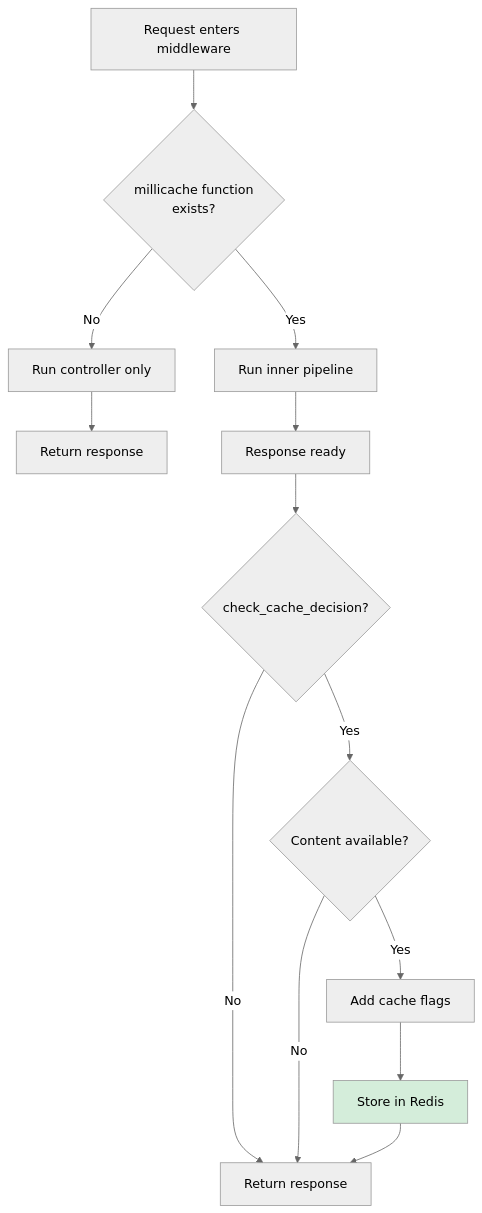
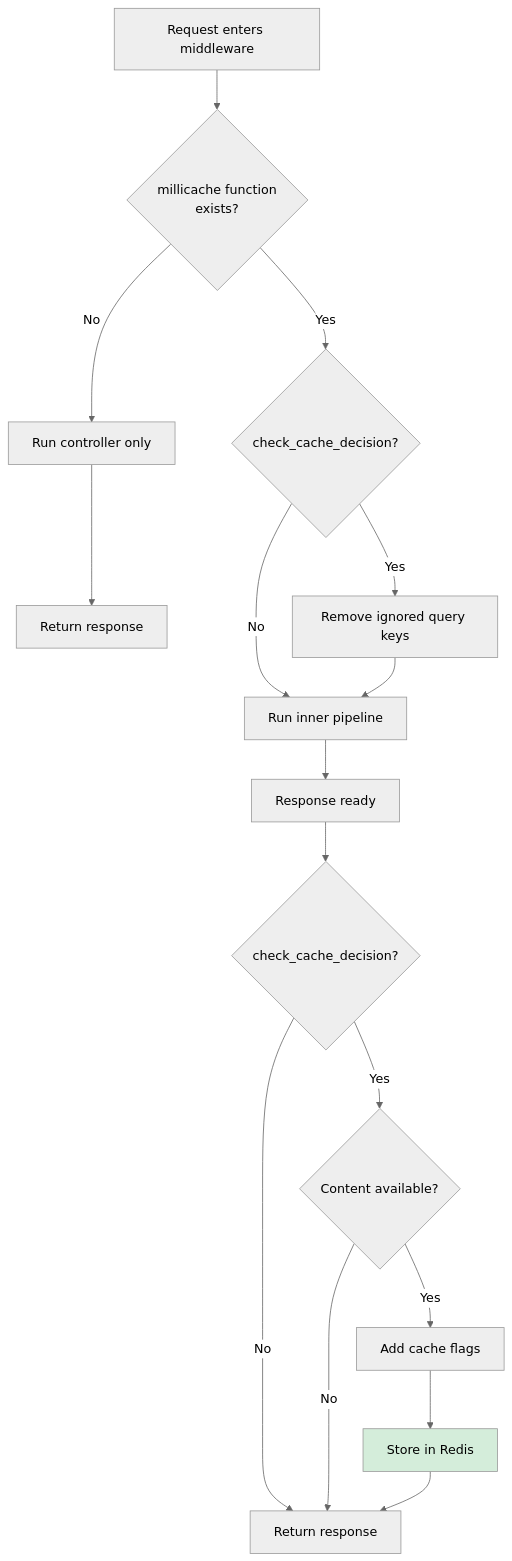
One commit to MilliPress/Acorn-MilliCache changed the second of 3 diagrams in docs/03-how-it-works/01-how-it-works.md. Above: the diagram before and after it, drawn with Mermaid (neutral theme). The commit also changed other lines of this file and 5 other files, not shown here.

First line of the commit message:
fix(middleware): remove ignored query keys before the controller runs

````diff
--- a/docs/03-how-it-works/01-how-it-works.md
+++ b/docs/03-how-it-works/01-how-it-works.md
@@ -46,17 +46,20 @@
 ```mermaid
 flowchart TD
     A[Request enters middleware] --> B{millicache function<br/>exists?}
     B -->|No| C[Run controller only]
     C --> D[Return response]
-    B -->|Yes| E[Run inner pipeline]
+    B -->|Yes| N{check_cache_decision?}
+    N -->|Yes| O[Remove ignored query keys]
+    N -->|No| E[Run inner pipeline]
+    O --> E
     E --> F[Response ready]
     F --> G{check_cache_decision?}
     G -->|No| H[Return response]
     G -->|Yes| I{Content available?}
     I -->|No| H
     I -->|Yes| J[Add cache flags]
     J --> K[Store in Redis]
     K --> H
 
     style K fill:#d4edda
 ```
````
